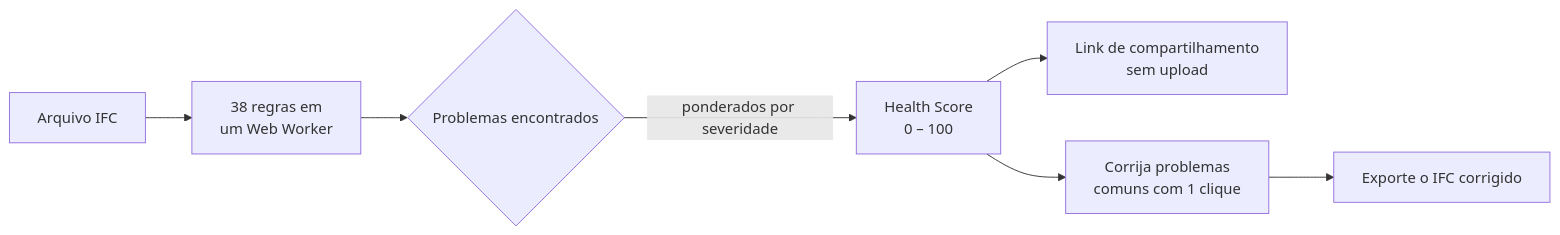
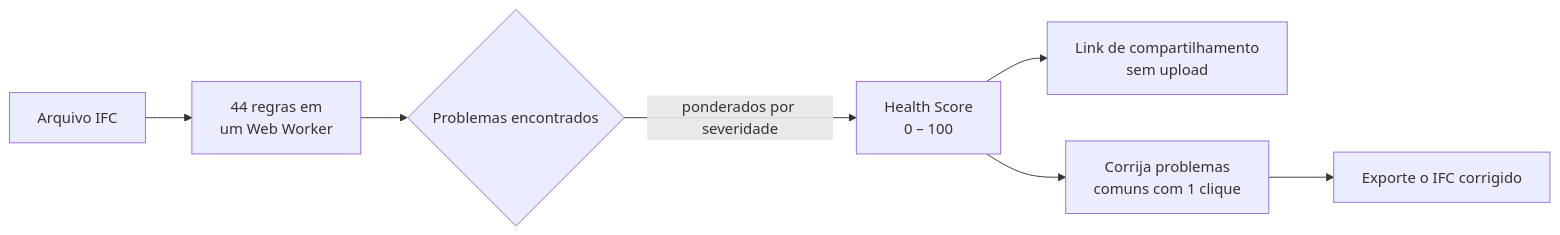
One commit to j03rul4nd/ifc-viewer-online changed the first of 2 diagrams in README.pt.md. Above: the diagram before and after it, drawn with Mermaid. The commit also changed other lines of this file and 24 other files, not shown here.

````diff
--- a/README.pt.md
+++ b/README.pt.md
@@ -125,9 +127,9 @@
 ```mermaid
 flowchart LR
-    A[Arquivo IFC] --> B[38 regras em<br/>um Web Worker]
+    A[Arquivo IFC] --> B[44 regras em<br/>um Web Worker]
     B --> C{Problemas encontrados}
     C -->|ponderados por severidade| D[Health Score<br/>0 – 100]
     D --> E[Link de compartilhamento<br/>sem upload]
     D --> F[Corrija problemas<br/>comuns com 1 clique]
     F --> G[Exporte o IFC corrigido]
 ```
````
